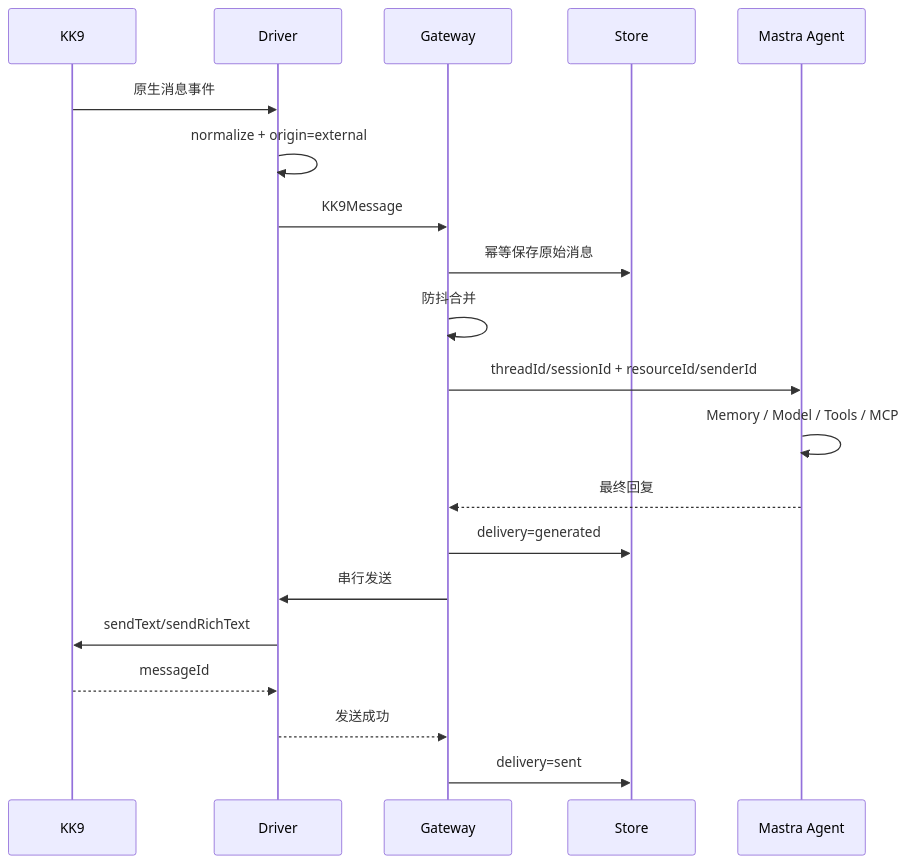
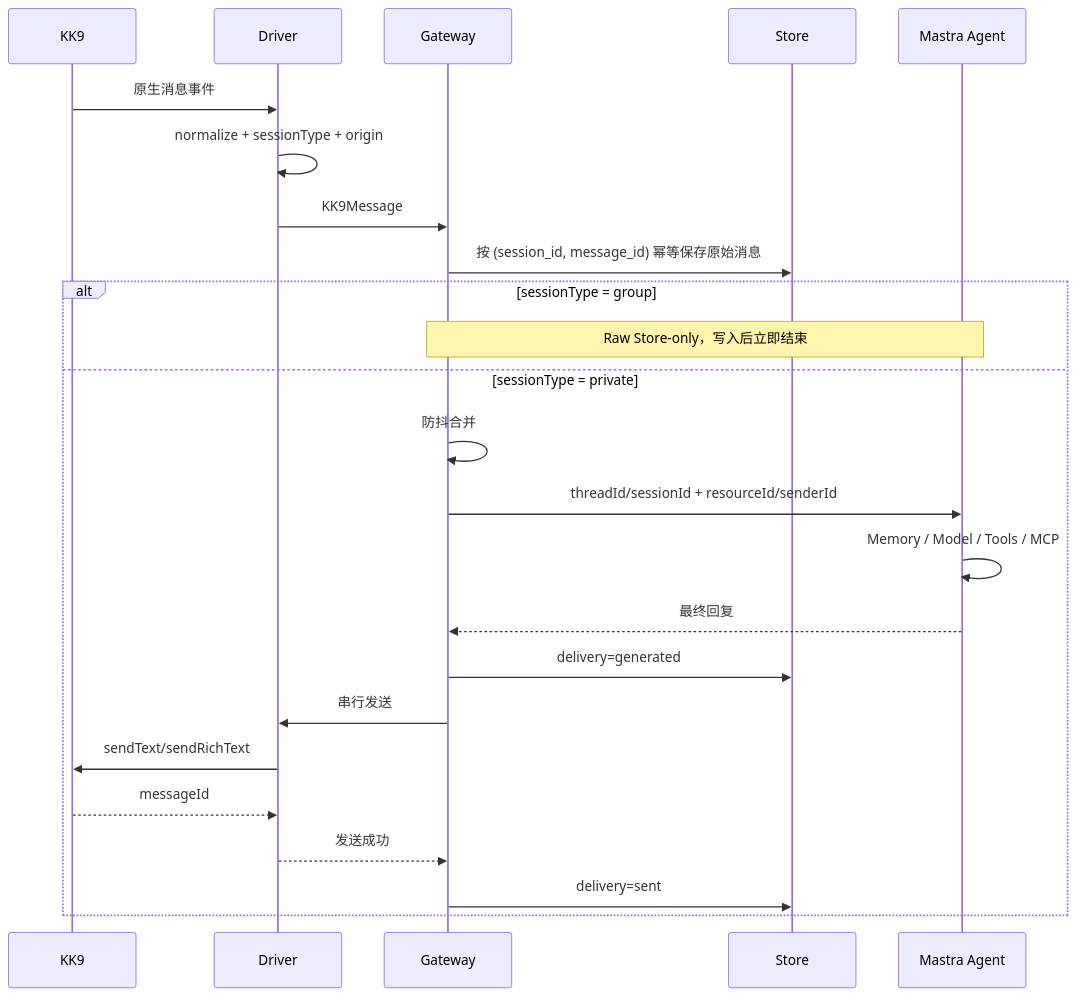
Before and after one commit to dnslin/kairo: the second of 3 diagrams in docs/KKBot-Mastra-Native-Refactor-Spec.md, drawn with Mermaid. The commit also changed other lines of this file, not shown here.

Commit message:
docs: 明确群聊仅写入 Raw Store

````diff
--- a/docs/KKBot-Mastra-Native-Refactor-Spec.md
+++ b/docs/KKBot-Mastra-Native-Refactor-Spec.md
@@ -1637,23 +1659,27 @@
 ```mermaid
 sequenceDiagram
     participant KK as KK9
     participant D as Driver
     participant G as Gateway
     participant S as Store
     participant M as Mastra Agent
 
     KK->>D: 原生消息事件
-    D->>D: normalize + origin=external
+    D->>D: normalize + sessionType + origin
     D->>G: KK9Message
-    G->>S: 幂等保存原始消息
-    G->>G: 防抖合并
-    G->>M: threadId/sessionId + resourceId/senderId
-    M->>M: Memory / Model / Tools / MCP
-    M-->>G: 最终回复
-    G->>S: delivery=generated
-    G->>D: 串行发送
-    D->>KK: sendText/sendRichText
-    KK-->>D: messageId
-    D-->>G: 发送成功
-    G->>S: delivery=sent
+    G->>S: 按 (session_id, message_id) 幂等保存原始消息
+    alt sessionType = group
+        Note over G,M: Raw Store-only，写入后立即结束
+    else sessionType = private
+        G->>G: 防抖合并
+        G->>M: threadId/sessionId + resourceId/senderId
+        M->>M: Memory / Model / Tools / MCP
+        M-->>G: 最终回复
+        G->>S: delivery=generated
+        G->>D: 串行发送
+        D->>KK: sendText/sendRichText
+        KK-->>D: messageId
+        D-->>G: 发送成功
+        G->>S: delivery=sent
+    end
 ```
````
